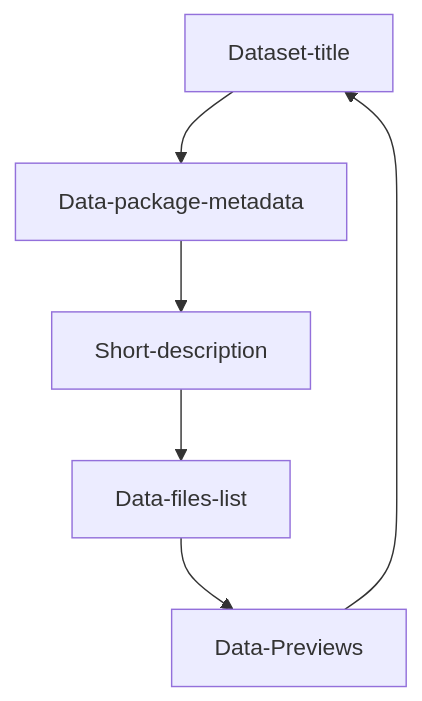
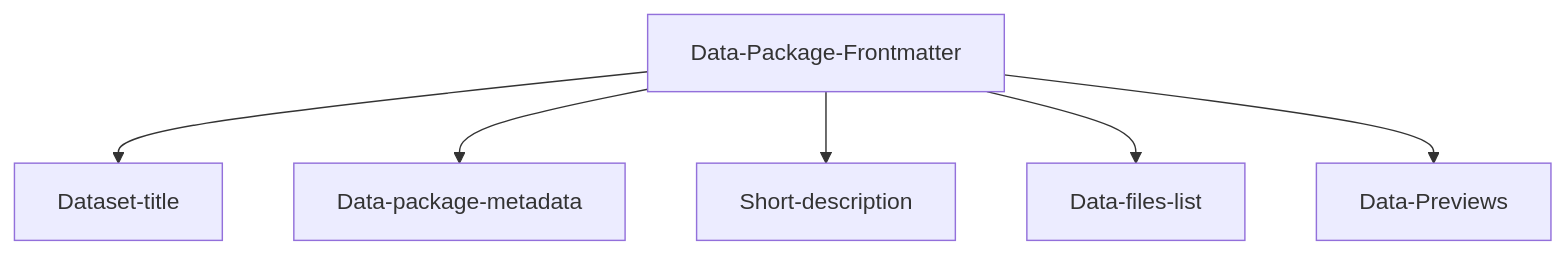
Before and after one commit to Daniellappv/datahub-cloud-template-newest: the diagram in README.md, drawn with Mermaid. The commit also changed other lines of this file, not shown here.

````diff
--- a/README.md
+++ b/README.md
@@ -23,8 +25,8 @@
 ```mermaid
   graph TD;
-      Dataset-title-->Data-package-metadata
-      Data-package-metadata-->Short-description;
-      Short-description-->Data-files-list;
-      Data-files-list-->Data-Previews;
-      Data-Previews-->Dataset-title
+      Data-Package-Frontmatter-->Dataset-title
+      Data-Package-Frontmatter-->Data-package-metadata
+      Data-Package-Frontmatter-->Short-description;
+      Data-Package-Frontmatter-->Data-files-list;
+      Data-Package-Frontmatter-->Data-Previews;
 ```
````
